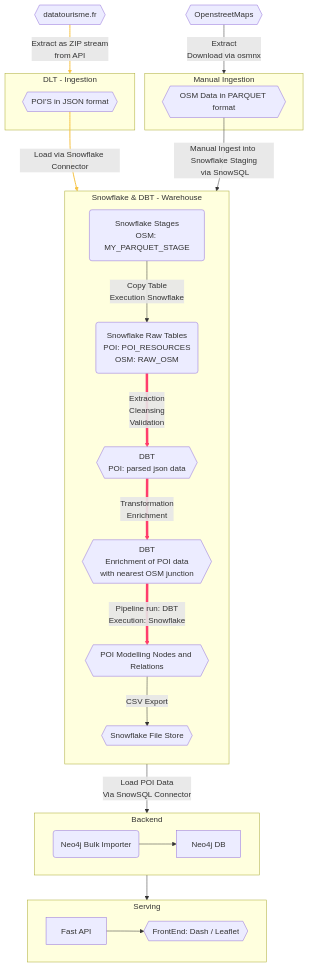
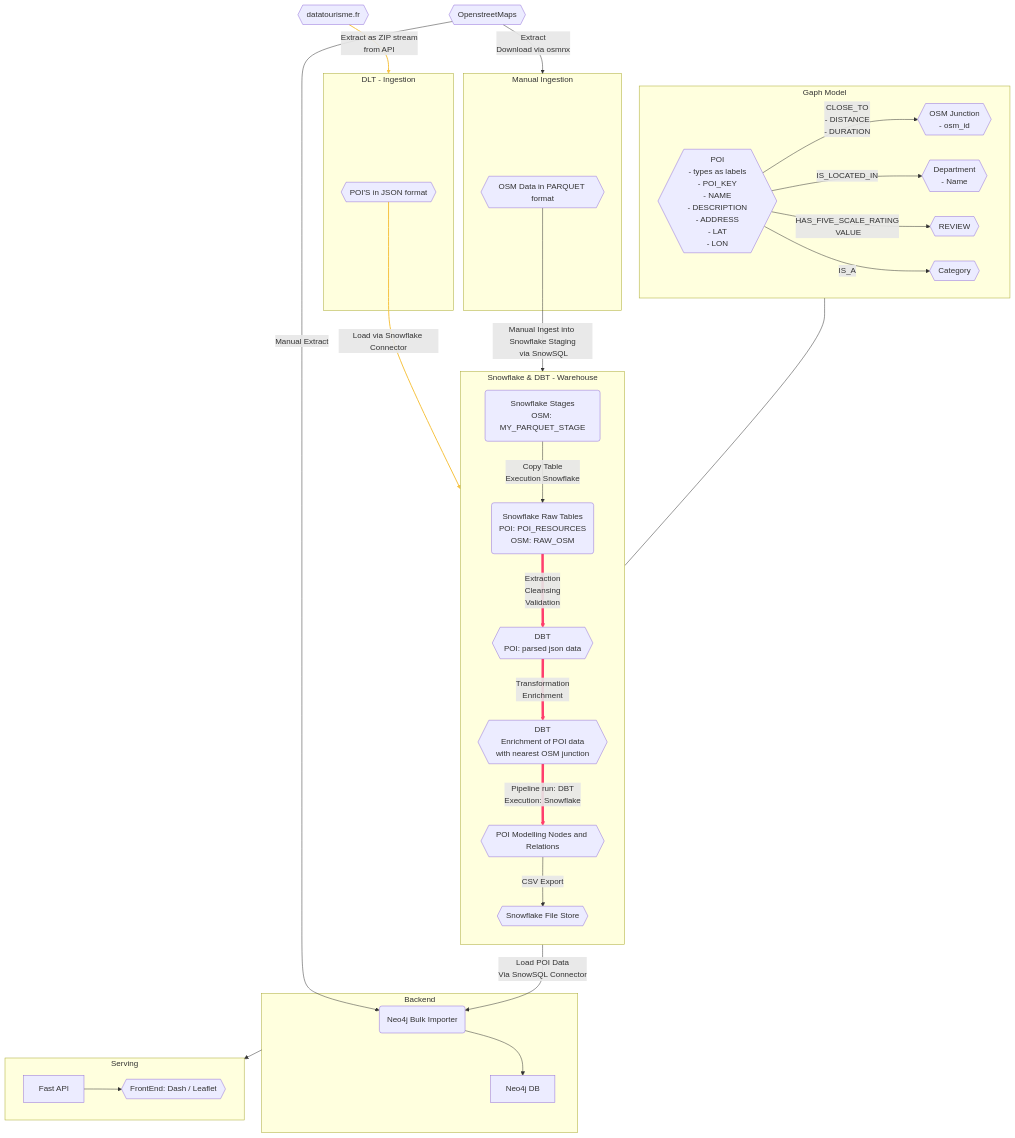
The first of 2 diagrams in README.md (MatthausHaberkorn/de_dbtsnow_poi), drawn with Mermaid before and after one commit. The commit also changed other lines of this file and 5 other files, not shown here.

````diff
--- a/README.md
+++ b/README.md
@@ -136,45 +136,74 @@
 ```mermaid
 flowchart TB
     id1{{datatourisme.fr}}
     id2{{OpenstreetMaps}}
     subgraph  id3 [Manual Ingestion]
         id4{{OSM Data in PARQUET format}}
     end
 
     id2-- Extract\n Download via osmnx -->id3
 
     subgraph id5 [DLT - Ingestion]
         id6{{POI'S in JSON format}}
     end
     id6-- Load via Snowflake Connector-->id10
     id1 -- Extract as ZIP stream\nfrom API -->id5
     subgraph id8 [Snowflake & DBT - Warehouse]
         direction TB
         id9(Snowflake Stages\nOSM: MY_PARQUET_STAGE)--Copy Table\nExecution Snowflake-->
         id10(Snowflake Raw Tables\n POI: POI_RESOURCES\n OSM: RAW_OSM)--"`Extraction
         Cleansing
         Validation`"-->
         id11{{DBT\n POI: parsed json data}}--Transformation\nEnrichment  -->
         id12{{DBT\n Enrichment of POI data with nearest OSM junction}}
         id12-- Pipeline run: DBT\n Execution: Snowflake -->id13{{POI Modelling Nodes and Relations}}
         id13--CSV Export-->id14{{Snowflake File Store}}
     end
 
     id4 -- Manual Ingest into Snowflake Staging\n via SnowSQL --> id9
     subgraph id15 [Backend]
 
         id16(Neo4j Bulk Importer) --> id17[Neo4j DB]
 
     end
 
-    id14 -- Load POI Data\n Via SnowSQL Connector --> id15
+    id14 -- Load POI Data\n Via SnowSQL Connector --> id16
 
     subgraph id19 [Serving]
 
         id18[Fast API]-->id20{{FrontEnd: Dash / Leaflet}}
     end
     id15 --> id19
 
+    id2--Manual Extract-->id16
+
+
+    subgraph id100[Gaph Model]
+        id110{{"`POI
+        - types as labels
+        - POI_KEY
+        - NAME
+        - DESCRIPTION
+        - ADDRESS
+        - LAT
+        - LON`"}}
+
+        id200{{OSM Junction\n- osm_id}}
+        id300{{Department\n- Name}}
+        id500{{REVIEW}}
+        id700{{Category}}
+
+
+        id110 -- "`CLOSE_TO
+        - DISTANCE
+        - DURATION`" --> id200
+        id110 -- IS_LOCATED_IN --> id300
+        id110 -- HAS_FIVE_SCALE_RATING\n VALUE --> id500
+        id110 -- IS_A --> id700
+    end
+
+    id100---id13
+
  linkStyle 4,5,6 stroke:#ff3e6d,stroke-width:5px;
  linkStyle 1,2 stroke:#f6c344,stroke-width:2px;
 ```
````
